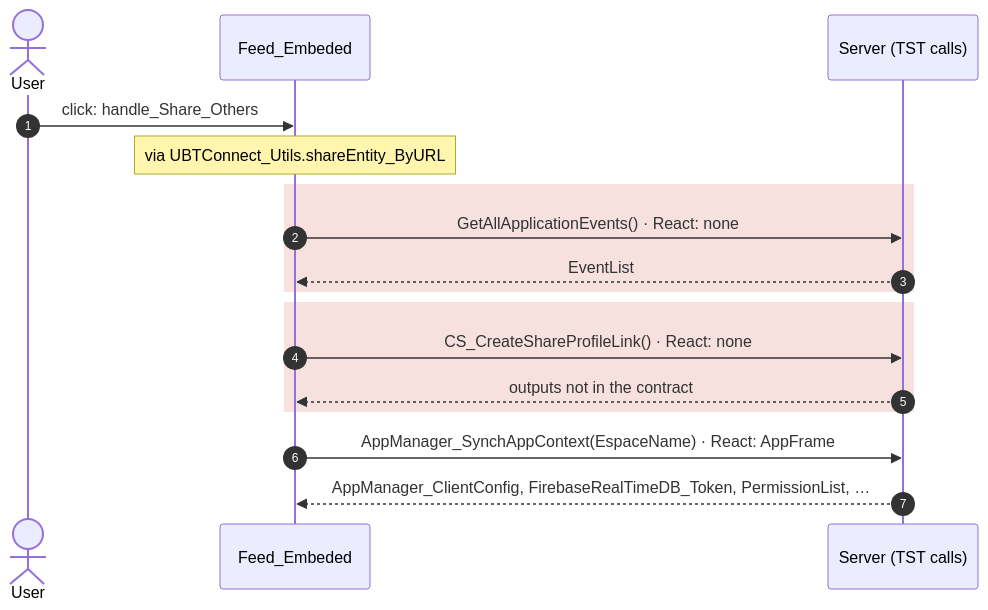
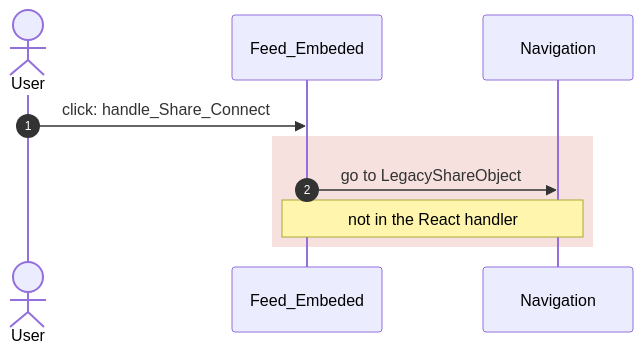
The second of 47 diagrams in migration/route-actions/HomeFeed.md (Phoenix-DX/connect-new-ui), drawn with Mermaid before and after one commit. The commit also changed other lines of this file and 90 other files, not shown here.

Commit message:
route actions: React sequence diagram per user action next to OutSystems, differences in red; React handlers read branch by branch and matched by comment, name and block; white SVG background; all SVGs of a file in one browser (HomeFeed 67 s to 14 s)

````diff
--- a/migration/route-actions/HomeFeed.md
+++ b/migration/route-actions/HomeFeed.md
@@ -197,19 +205,12 @@
 ```mermaid
 sequenceDiagram
   autonumber
   actor U as User
   participant B as Feed_Embeded
-  participant S as Server (TST calls)
-  U->>B: click: handle_Share_Others
-  Note over B: via UBTConnect_Utils.shareEntity_ByURL
+  participant N as Navigation
+  U->>B: click: handle_Share_Connect
   rect rgba(192, 57, 43, 0.15)
-  B->>S: GetAllApplicationEvents() · React: none
-  S-->>B: EventList
+  B->>N: go to LegacyShareObject
+  Note over B,N: not in the React handler
   end
-  rect rgba(192, 57, 43, 0.15)
-  B->>S: CS_CreateShareProfileLink() · React: none
-  S-->>B: outputs not in the contract
-  end
-  B->>S: AppManager_SynchAppContext(EspaceName) · React: AppFrame
-  S-->>B: AppManager_ClientConfig, FirebaseRealTimeDB_Token, PermissionList, …
 ```
````
